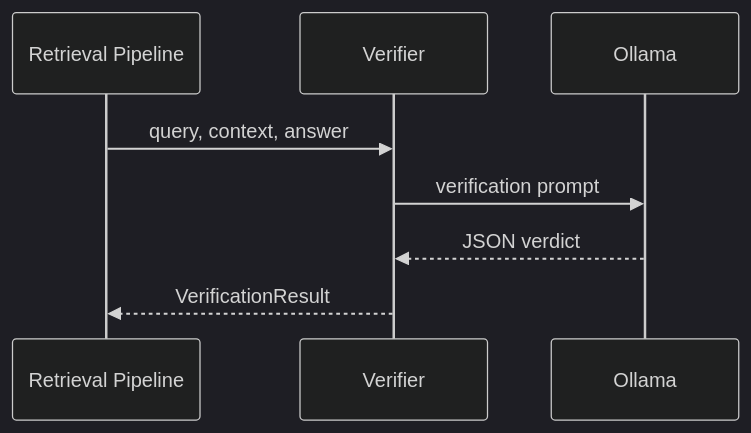
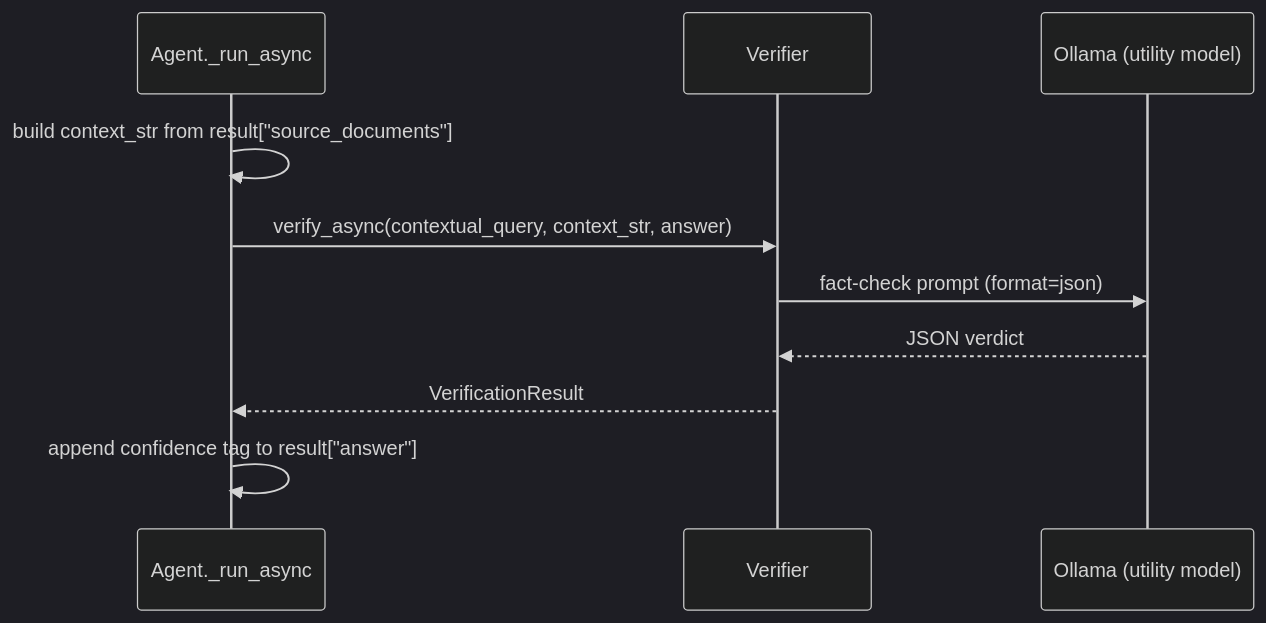
The diagram in Documentation/verifier.md (PromtEngineer/localGPT), drawn with Mermaid (dark theme) before and after one commit. The commit also changed other lines of this file and 110 other files, not shown here.

````diff
--- a/Documentation/verifier.md
+++ b/Documentation/verifier.md
@@ -20,11 +35,13 @@
 ```mermaid
 sequenceDiagram
-    participant RP as Retrieval Pipeline
+    participant A as Agent._run_async
     participant V as Verifier
-    participant LLM as Ollama
+    participant LLM as Ollama (utility model)
 
-    RP->>V: query, context, answer
-    V->>LLM: verification prompt
+    A->>A: build context_str from result["source_documents"]
+    A->>V: verify_async(contextual_query, context_str, answer)
+    V->>LLM: fact-check prompt (format=json)
     LLM-->>V: JSON verdict
-    V-->>RP: VerificationResult
+    V-->>A: VerificationResult
+    A->>A: append confidence tag to result["answer"]
 ```
````
